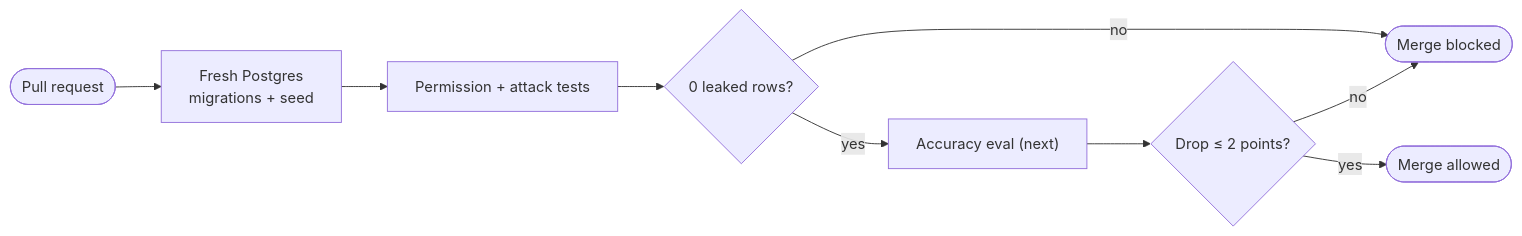
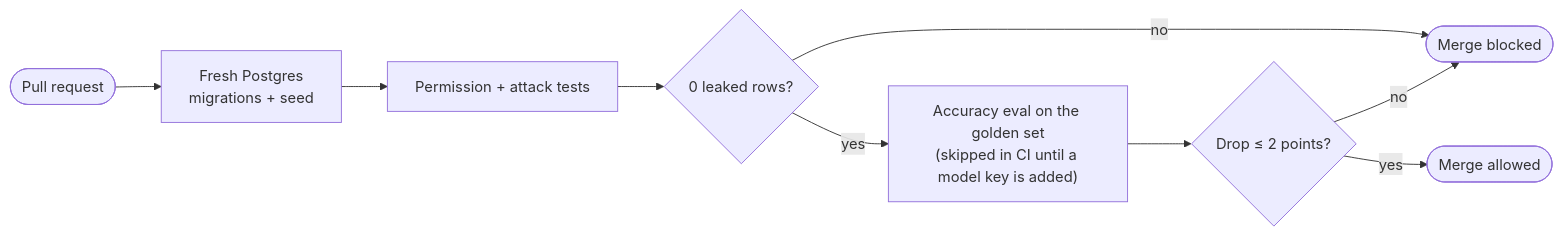
Before and after one commit to iamr1ddl3/secure-sql-agent: the third of 3 diagrams in README.md, drawn with Mermaid. The commit also changed other lines of this file and 4 other files, not shown here.

First line of the commit message:
feat: Jev router, router comparison results and golden-set review guide

````diff
--- a/README.md
+++ b/README.md
@@ -108,11 +108,11 @@
 ```mermaid
 flowchart LR
     PR([Pull request]) --> DB[Fresh Postgres<br/>migrations + seed]
     DB --> PT[Permission + attack tests]
     PT --> L{0 leaked rows?}
     L -- no --> BLK([Merge blocked])
-    L -- yes --> EV["Accuracy eval (next)"]
+    L -- yes --> EV["Accuracy eval on the golden set<br/>(skipped in CI until a model key is added)"]
     EV --> D{Drop ≤ 2 points?}
     D -- no --> BLK
     D -- yes --> OK([Merge allowed])
 ```
````
